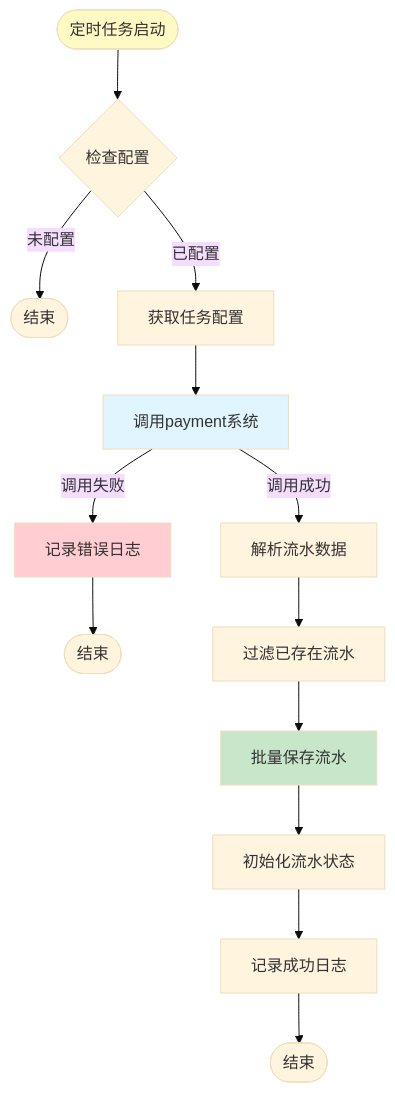
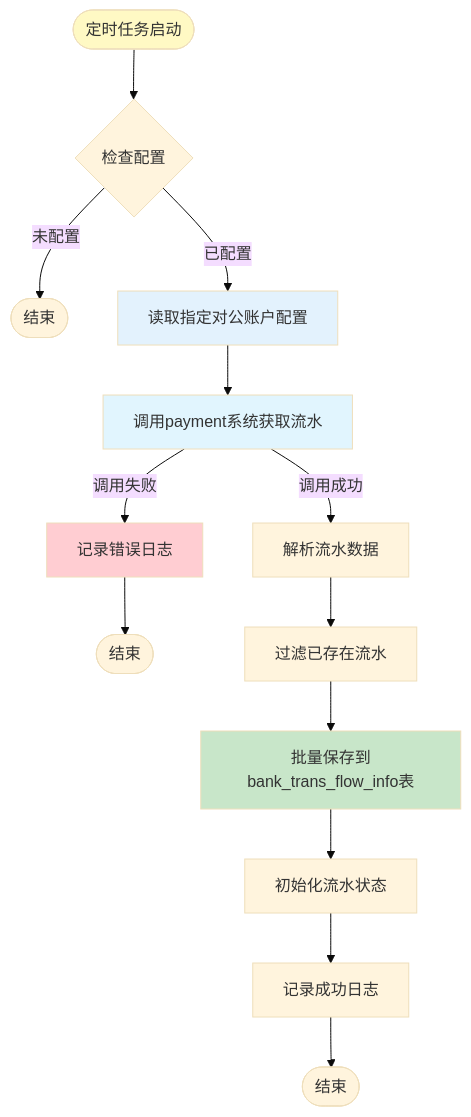
Diagram 13 of 13 in shuhe/workspace/accountingoperation/iteration/202502-法诉自动入账/详细设计-AO系统.md (topson-cn/obsidian_note), drawn with Mermaid (base theme) before and after one commit. The commit also changed other lines of this file and 246 other files, not shown here.

````diff
--- a/shuhe/workspace/accountingoperation/iteration/202502-法诉自动入账/详细设计-AO系统.md
+++ b/shuhe/workspace/accountingoperation/iteration/202502-法诉自动入账/详细设计-AO系统.md
@@ -1749,23 +2470,24 @@
 ```mermaid
 flowchart TD
     Start([定时任务启动]) --> CheckConfig{检查配置}
     CheckConfig -->|未配置| End1([结束])
-    CheckConfig -->|已配置| GetConfig[获取任务配置]
+    CheckConfig -->|已配置| GetAccount[读取指定对公账户配置]
 
-    GetConfig --> CallPayment[调用payment系统]
+    GetAccount --> CallPayment[调用payment系统获取流水]
     CallPayment -->|调用成功| Parse[解析流水数据]
     CallPayment -->|调用失败| LogError[记录错误日志]
     LogError --> End2([结束])
 
     Parse --> Filter[过滤已存在流水]
-    Filter --> BatchSave[批量保存流水]
+    Filter --> BatchSave[批量保存到bank_trans_flow_info表]
     BatchSave --> InitStatus[初始化流水状态]
 
     InitStatus --> LogSuccess[记录成功日志]
     LogSuccess --> End3([结束])
 
     style Start fill:#FFF9C4
+    style GetAccount fill:#E3F2FD
     style CallPayment fill:#E1F5FE
     style BatchSave fill:#C8E6C9
     style LogError fill:#FFCDD2
 ```
````
